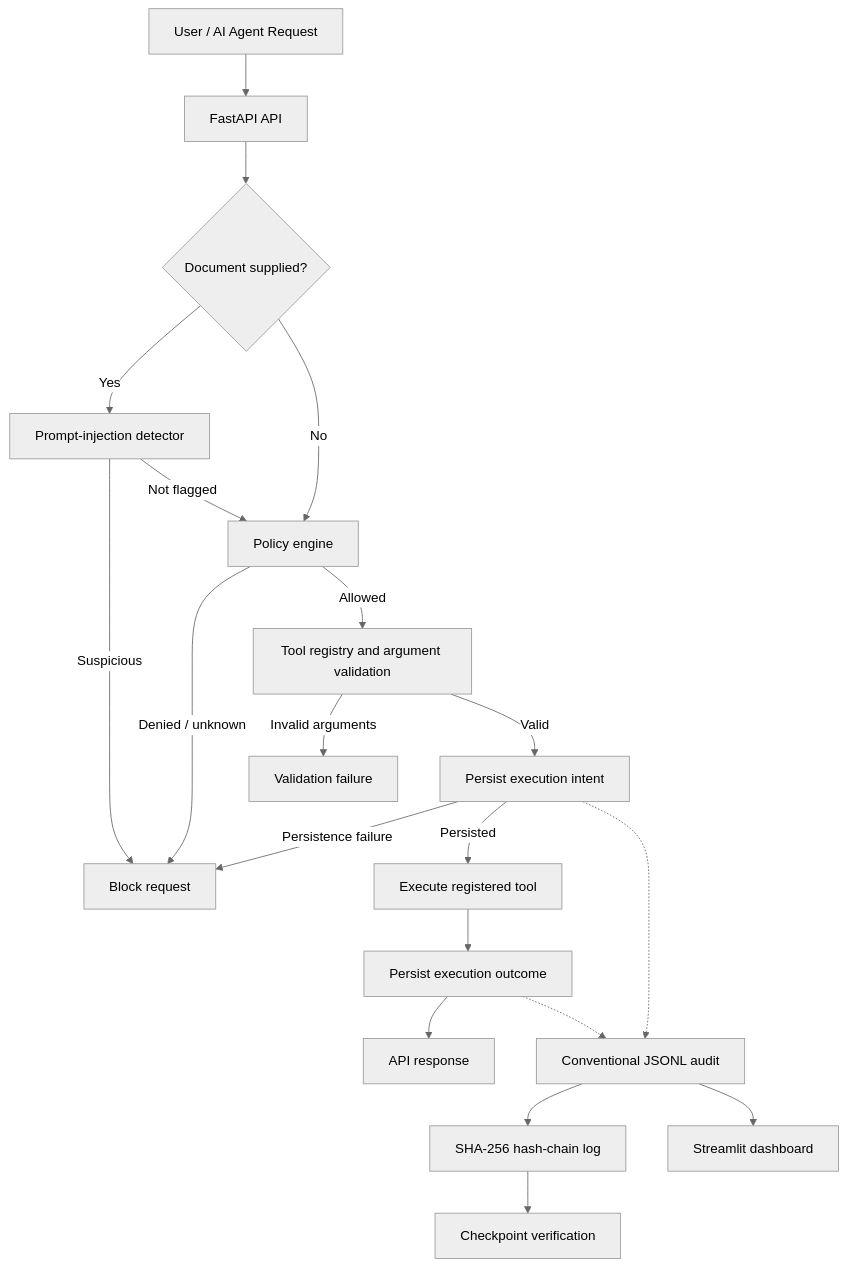
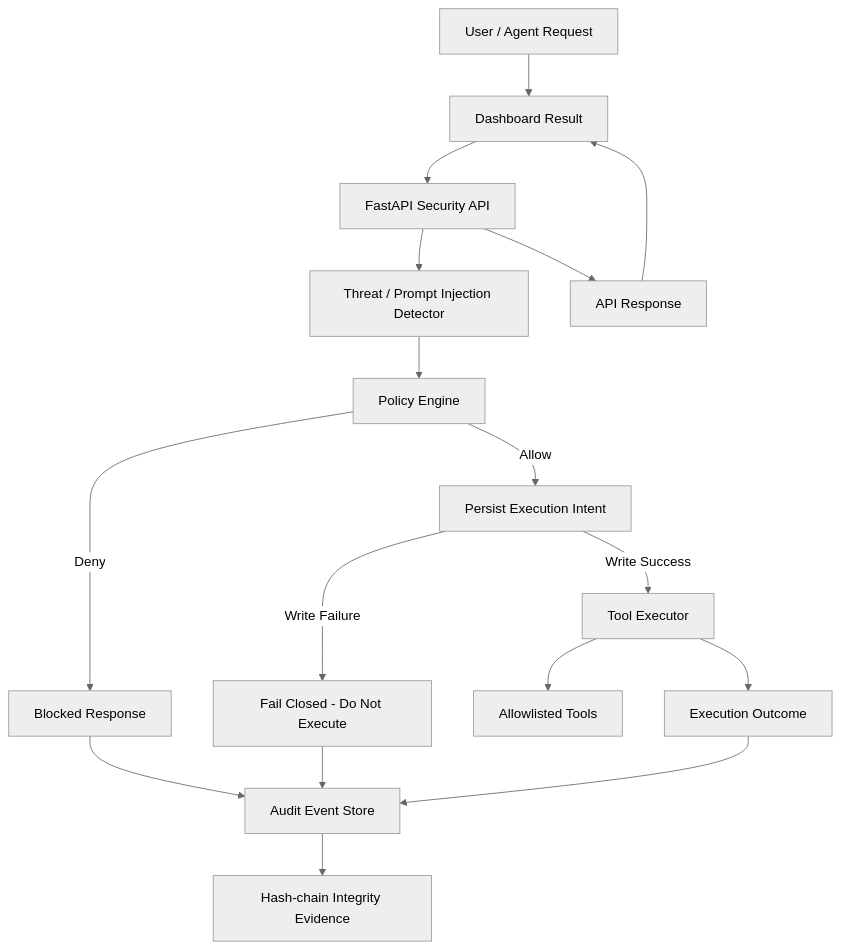
One commit to MOHAMMED-FAIYAZ86900/promptshield-ai changed the diagram in README.md. Above: the diagram before and after it, drawn with Mermaid (neutral theme). The commit also changed other lines of this file, not shown here.

Commit message:
docs: add comprehensive PromptShield project documentation

````diff
--- a/README.md
+++ b/README.md
@@ -53,22 +50,19 @@
 ``` mermaid
 flowchart TD
-    A[User / AI Agent Request] --> B[FastAPI API]
-    B --> C{Document supplied?}
-    C -->|Yes| D[Prompt-injection detector]
-    C -->|No| E[Policy engine]
-    D -->|Suspicious| X[Block request]
-    D -->|Not flagged| E
-    E -->|Denied / unknown| X
-    E -->|Allowed| F[Tool registry and argument validation]
-    F -->|Invalid arguments| Y[Validation failure]
-    F -->|Valid| G[Persist execution intent]
-    G -->|Persistence failure| X
-    G -->|Persisted| H[Execute registered tool]
-    H --> I[Persist execution outcome]
-    I --> J[API response]
-    G -.-> K[Conventional JSONL audit]
-    I -.-> K
-    K --> L[SHA-256 hash-chain log]
-    L --> M[Checkpoint verification]
-    K --> N[Streamlit dashboard]
+    U[User / Agent Request] --> D[Streamlit Dashboard]
+    D --> API[FastAPI Security API]
+    API --> DET[Threat / Prompt Injection Detector]
+    DET --> POL[Policy Engine]
+    POL -->|Deny| BLOCK[Blocked Response]
+    POL -->|Allow| INTENT[Persist Execution Intent]
+    INTENT -->|Write Failure| FAIL[Fail Closed - Do Not Execute]
+    INTENT -->|Write Success| EX[Tool Executor]
+    EX --> TOOLS[Allowlisted Tools]
+    EX --> OUT[Execution Outcome]
+    BLOCK --> AUD[Audit Event Store]
+    FAIL --> AUD
+    OUT --> AUD
+    AUD --> CHAIN[Hash-chain Integrity Evidence]
+    API --> RESP[API Response]
+    RESP --> D[Dashboard Result]
 ```
````
